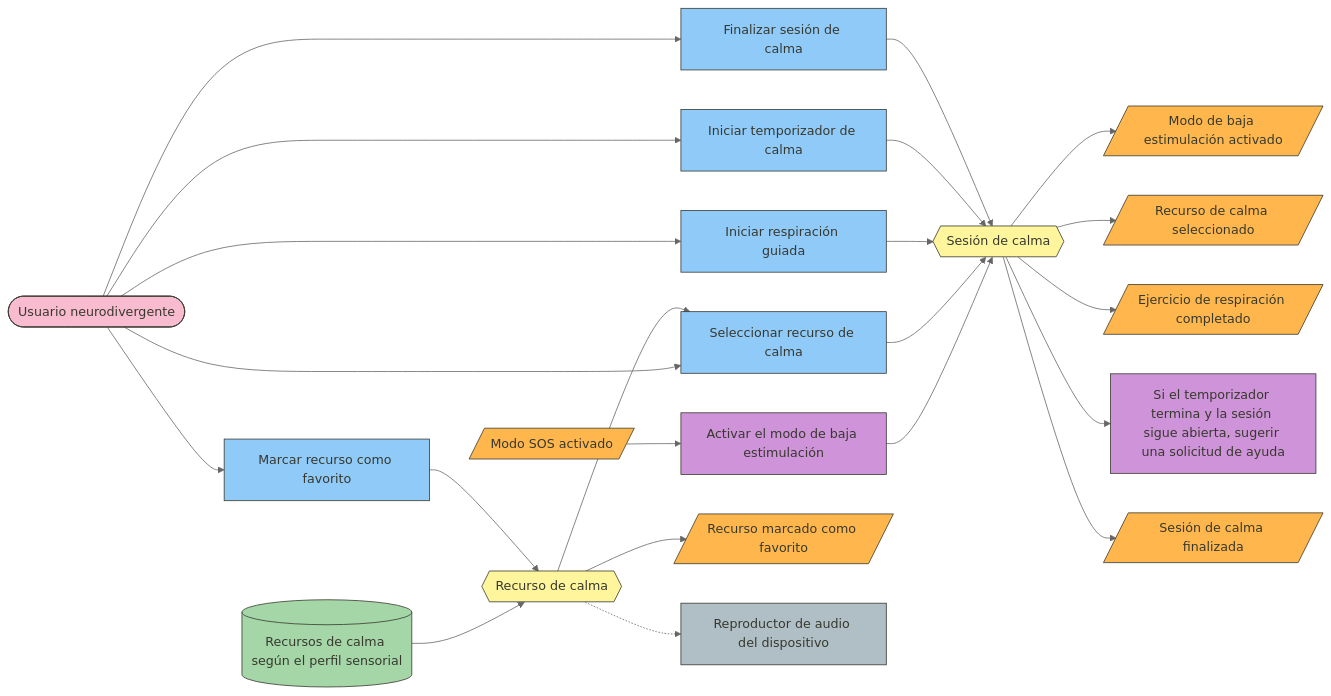
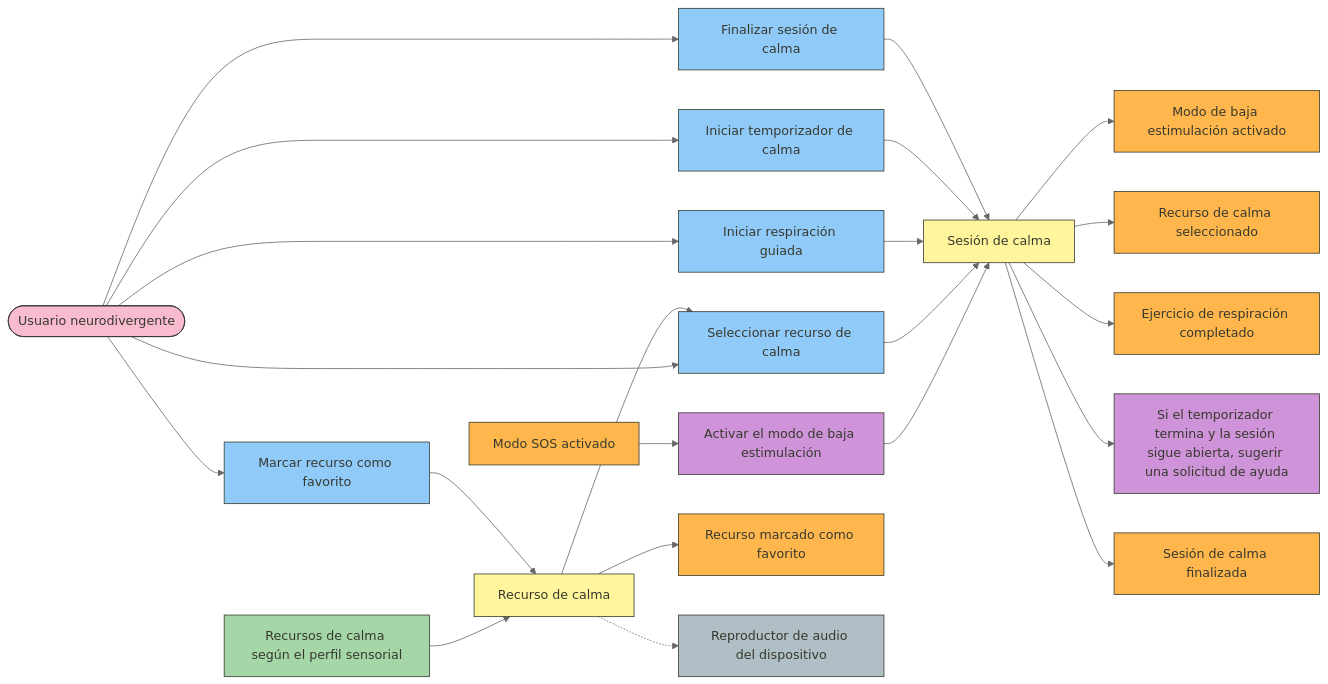
The third of 10 diagrams in Chapter-4.md (ASI0729-2620-7793-Open-Source/Macally), drawn with Mermaid (neutral theme) before and after one commit. The commit also changed other lines of this file, not shown here.

Commit message:
fix(chapter4): replace shapes that clipped diagram labels

````diff
--- a/Chapter-4.md
+++ b/Chapter-4.md
@@ -1048,42 +1048,42 @@
 ```mermaid
 flowchart LR
     classDef actor fill:#F8BBD0,stroke:#37392E,color:#37392E
     classDef cmd fill:#90CAF9,stroke:#37392E,color:#37392E
     classDef agg fill:#FFF59D,stroke:#37392E,color:#37392E
     classDef evt fill:#FFB74D,stroke:#37392E,color:#37392E
     classDef pol fill:#CE93D8,stroke:#37392E,color:#37392E
     classDef qry fill:#A5D6A7,stroke:#37392E,color:#37392E
     classDef ext fill:#B0BEC5,stroke:#37392E,color:#37392E
 
     A1(["Usuario neurodivergente"]):::actor
-    E0[/"Modo SOS activado"/]:::evt
+    E0["Modo SOS activado"]:::evt
     P0["Activar el modo de baja estimulación"]:::pol
     C1["Seleccionar recurso de calma"]:::cmd
     C2["Iniciar respiración guiada"]:::cmd
     C3["Iniciar temporizador de calma"]:::cmd
     C4["Marcar recurso como favorito"]:::cmd
     C5["Finalizar sesión de calma"]:::cmd
-    AG1{{"Sesión de calma"}}:::agg
-    AG2{{"Recurso de calma"}}:::agg
-    E1[/"Modo de baja estimulación activado"/]:::evt
-    E2[/"Recurso de calma seleccionado"/]:::evt
-    E3[/"Ejercicio de respiración completado"/]:::evt
-    E4[/"Recurso marcado como favorito"/]:::evt
-    E5[/"Sesión de calma finalizada"/]:::evt
+    AG1["Sesión de calma"]:::agg
+    AG2["Recurso de calma"]:::agg
+    E1["Modo de baja estimulación activado"]:::evt
+    E2["Recurso de calma seleccionado"]:::evt
+    E3["Ejercicio de respiración completado"]:::evt
+    E4["Recurso marcado como favorito"]:::evt
+    E5["Sesión de calma finalizada"]:::evt
     P1["Si el temporizador termina y la sesión sigue abierta, sugerir una solicitud de ayuda"]:::pol
-    Q1[("Recursos de calma según el perfil sensorial")]:::qry
+    Q1["Recursos de calma según el perfil sensorial"]:::qry
     X1["Reproductor de audio del dispositivo"]:::ext
 
     E0 --> P0 --> AG1 --> E1
     A1 --> C1 --> AG1
     AG1 --> E2
     Q1 --> AG2 --> C1
     A1 --> C2 --> AG1
     AG1 --> E3
     A1 --> C3 --> AG1
     AG1 --> P1
     A1 --> C4 --> AG2 --> E4
     A1 --> C5 --> AG1
     AG1 --> E5
     AG2 -.-> X1
 ```
````
